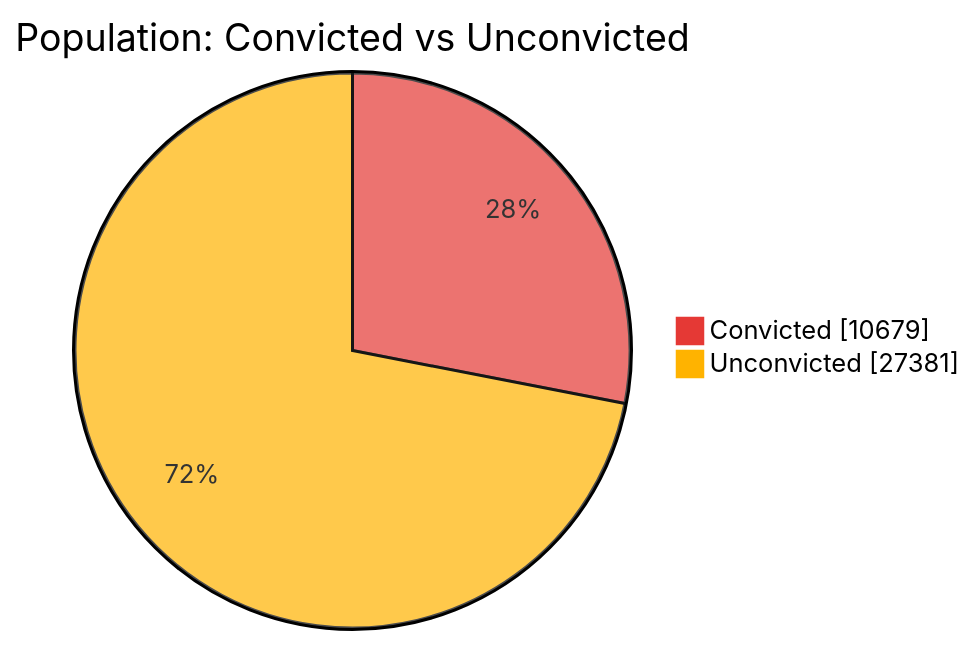
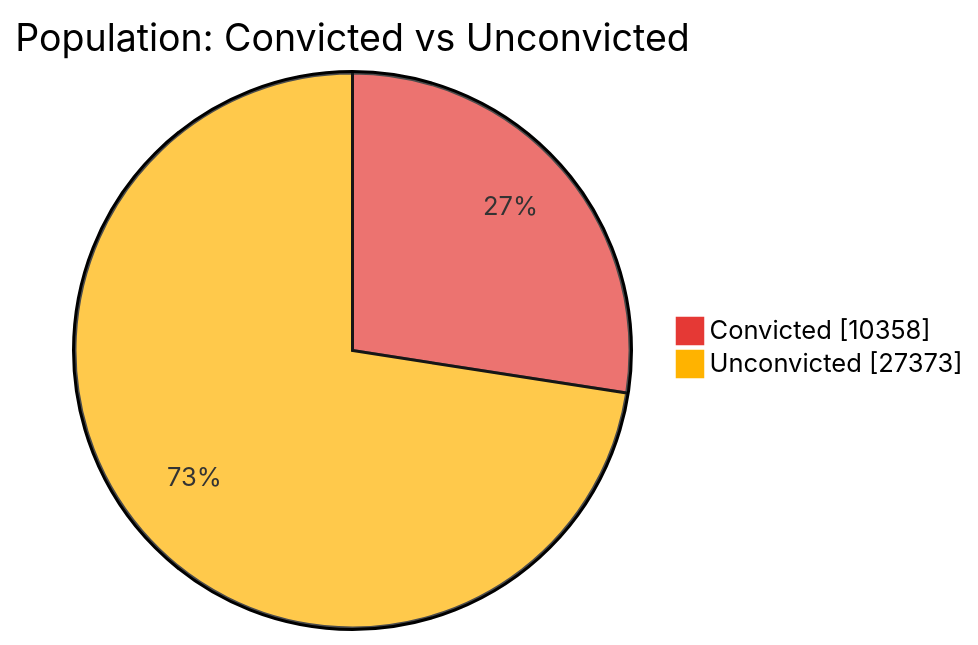
The first of 7 diagrams in README.md (nuuuwan/lk_prisons), drawn with Mermaid before and after one commit. The commit also changed other lines of this file and 1 other file, not shown here.

````diff
--- a/README.md
+++ b/README.md
@@ -43,6 +43,6 @@
 ```mermaid
 %%{init: {'themeVariables': {'pie1': '#E53935', 'pie2': '#FFB300'}}}%%
 pie showData title Population: Convicted vs Unconvicted
-    "Convicted" : 10679
-    "Unconvicted" : 27381
+    "Convicted" : 10358
+    "Unconvicted" : 27373
 ```
````
